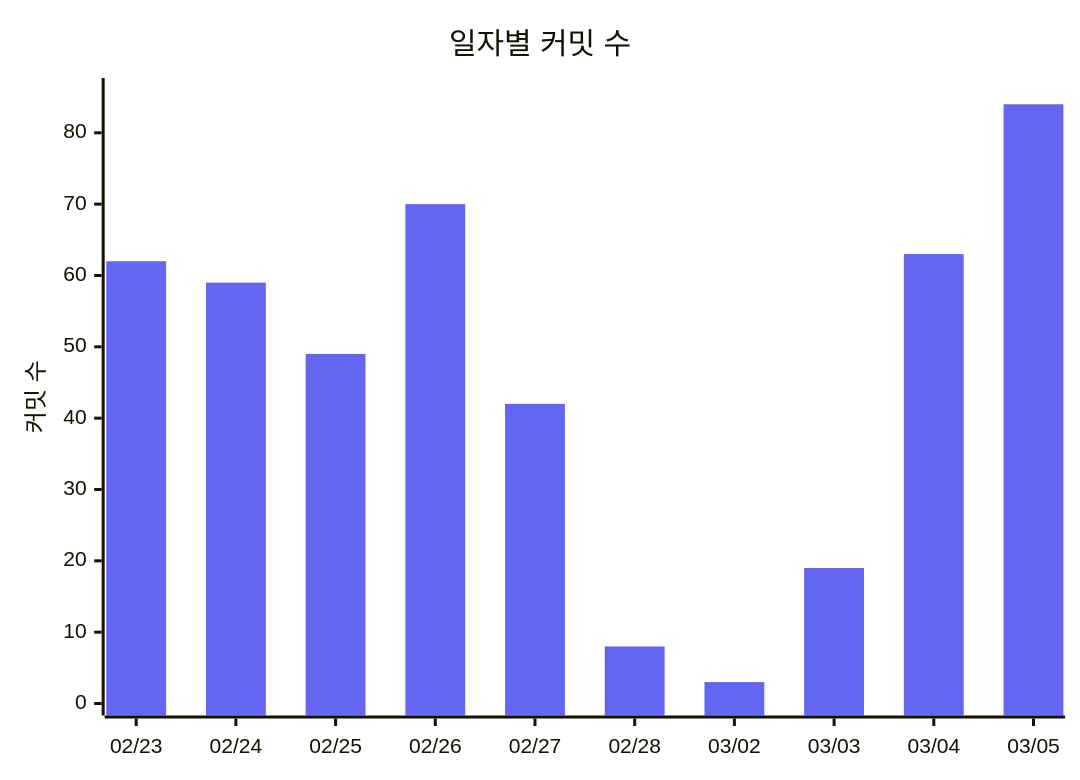
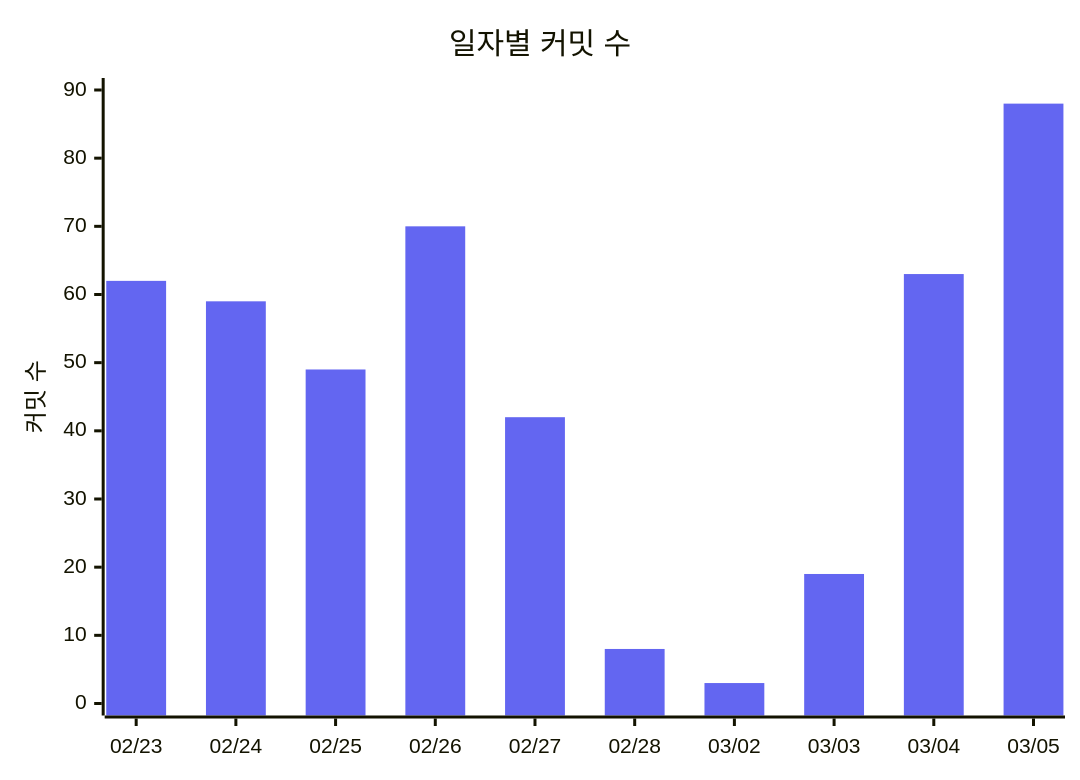
One commit to 3rd-project-team-1/ALYAC-market-team1 changed the fourth of 4 diagrams in README.md. Above: the diagram before and after it, drawn with Mermaid. The commit also changed other lines of this file, not shown here.

Commit message:
docs: 커밋 활동 차트 자동 업데이트 [skip ci]

````diff
--- a/README.md
+++ b/README.md
@@ -452,12 +452,12 @@
 ```mermaid
 %%{init: { 'theme': 'base', 'themeVariables': {
   'xyChart': {
     'plotColorPalette': '#6366f1'
   }
 } } }%%
 xychart-beta
   title "일자별 커밋 수"
   x-axis ["02/23", "02/24", "02/25", "02/26", "02/27", "02/28", "03/02", "03/03", "03/04", "03/05"]
-  y-axis "커밋 수" 0 --> 86
-  bar [62, 59, 49, 70, 42, 8, 3, 19, 63, 84]
+  y-axis "커밋 수" 0 --> 90
+  bar [62, 59, 49, 70, 42, 8, 3, 19, 63, 88]
 ```
````
